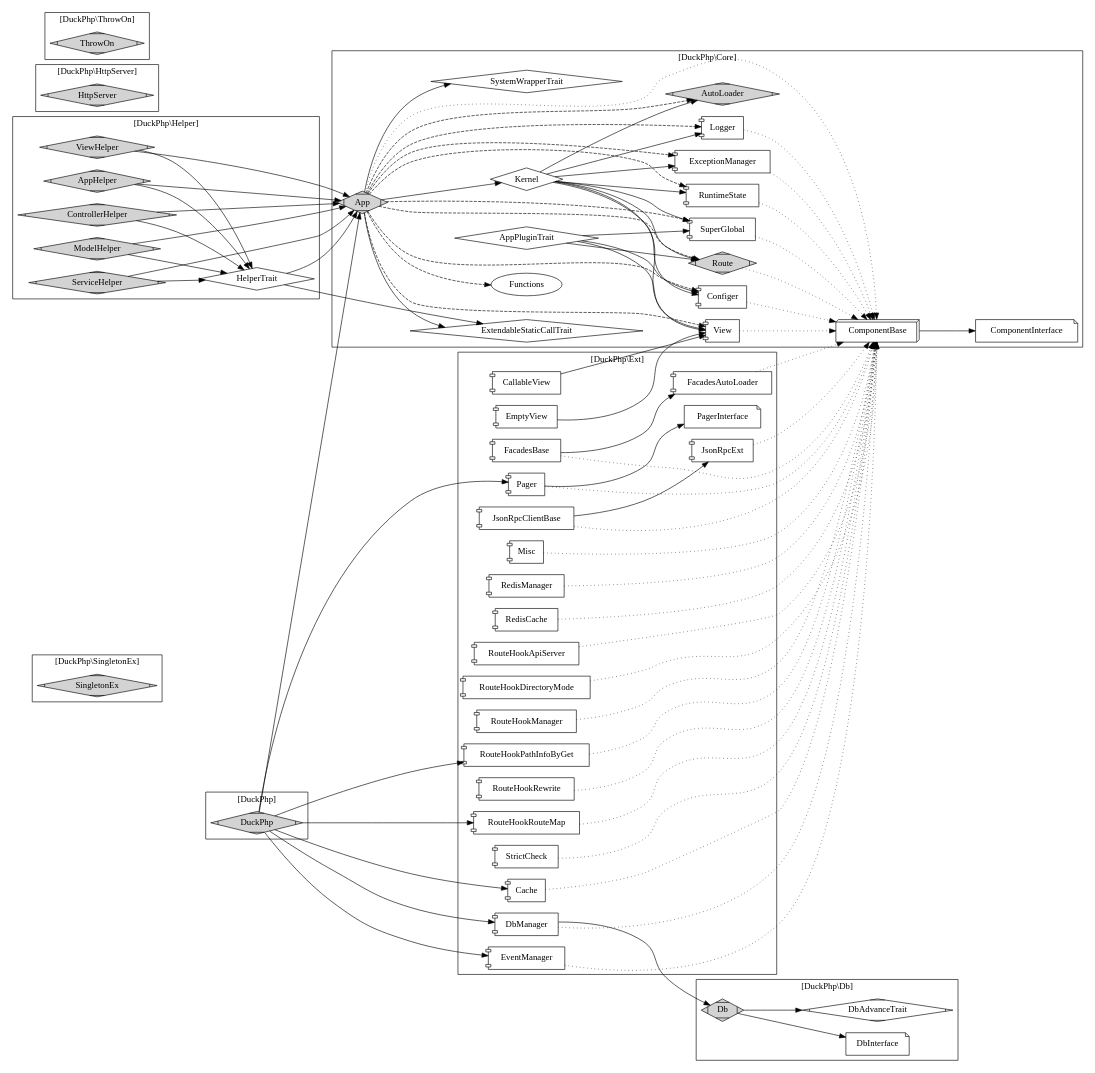
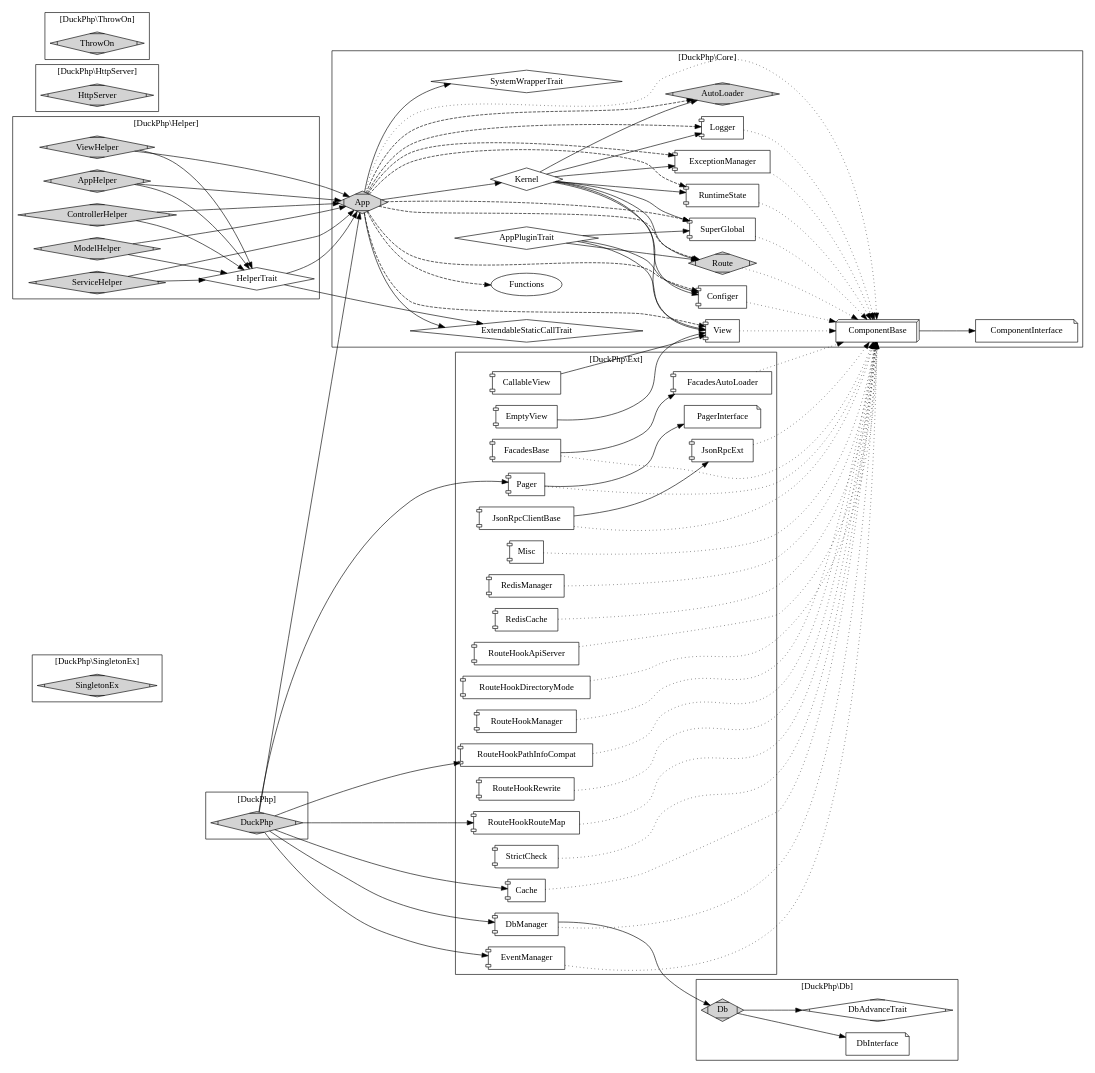
One commit to dvaknheo/duckphp changed the diagram in doc/duckphp.gv. Above: the diagram before and after it, drawn with Graphviz. The commit also changed 18 other files, not shown here.

Commit message:
基本完成PathInfoByGet => PathInfoCompat

```diff
--- a/doc/duckphp.gv
+++ b/doc/duckphp.gv
@@ -1,199 +1,199 @@
 digraph gDuckPhp{
 /* This is a graphviz file */
 graph [rankdir = "LR"];
 
 subgraph cluster_SingletonEx {
     label = "[DuckPhp\\SingletonEx]";
 
     SingletonEx [label="SingletonEx";shape=Mdiamond;style=filled];
 }
 
 subgraph cluster_Core {
     
     label = "[DuckPhp\\Core]";
 
     Core_AppPluginTrait [label="AppPluginTrait";shape=diamond];
     Core_App [label="App";shape=Mdiamond;style=filled]; 
     Core_Kernel [label="Kernel";shape="diamond"];
     Core_AutoLoader [label="AutoLoader";shape=Mdiamond;style=filled];
     Core_ExceptionManager [label="ExceptionManager";shape="component"];
     Core_View [label="View";shape="component"];
     Core_Configer [label="Configer";shape="component"];
     Core_Logger [label="Logger";shape="component"];
     Core_Route [label="Route";shape=Mdiamond;style=filled];
     Core_RuntimeState [label="RuntimeState";shape="component"];
     Core_SystemWrapperTrait [label="SystemWrapperTrait";shape=diamond];
     Core_SuperGlobal [label="SuperGlobal";shape="component"];
 
     Core_ExtendableStaticCallTrait [label="ExtendableStaticCallTrait";shape=diamond];
     
     Core_ComponentInterface [label="ComponentInterface";shape=note];
     Core_ComponentBase [label="ComponentBase";shape=box3d];
     Core_Functions [label="Functions"];
 
 
     Core_Kernel -> Core_AutoLoader ;
     Core_Kernel -> Core_Configer;
     Core_Kernel -> Core_Logger;
     Core_Kernel -> Core_ExceptionManager;
     Core_Kernel -> Core_Route;
     Core_Kernel -> Core_RuntimeState;
     Core_Kernel -> Core_View;
     Core_Kernel -> Core_SuperGlobal;
     
     Core_App -> Core_Kernel;
     Core_App -> Core_ExtendableStaticCallTrait;
     Core_App -> Core_SystemWrapperTrait;
     
     Core_App -> Core_AutoLoader [style="dashed"];
     Core_App -> Core_Configer [style="dashed"];
     Core_App -> Core_Logger [style="dashed"];
     Core_App -> Core_ExceptionManager [style="dashed"];
     Core_App -> Core_Route [style="dashed"];
     Core_App -> Core_RuntimeState [style="dashed"];
     Core_App -> Core_View [style="dashed"];
     Core_App -> Core_SuperGlobal [style="dashed"];
     
     Core_App -> Core_Functions [style="dashed"];
     Core_App -> Core_ComponentBase [style="dotted"];
 
 
     Core_AppPluginTrait -> Core_Configer;
     Core_AppPluginTrait -> Core_View;
     Core_AppPluginTrait -> Core_Route;
     Core_AppPluginTrait -> Core_SuperGlobal;
     
     
     Core_ExceptionManager -> Core_ComponentBase [style="dotted"];
     Core_Configer -> Core_ComponentBase [style="dotted"];
     Core_Route -> Core_ComponentBase [style="dotted"];
     Core_SuperGlobal -> Core_ComponentBase [style="dotted"];
     Core_RuntimeState -> Core_ComponentBase [style="dotted"];
     Core_View -> Core_ComponentBase [style="dotted"];
     Core_Logger -> Core_ComponentBase [style="dotted"];
     
     Core_ComponentBase -> Core_ComponentInterface;
 }
 
 subgraph cluster_Helper {
     
     label = "[DuckPhp\\Helper]";
     
     AppHelper [label="AppHelper";shape=Mdiamond;style=filled];
     ControllerHelper [label="ControllerHelper";shape=Mdiamond;style=filled];
     ModelHelper [label="ModelHelper";shape=Mdiamond;style=filled];
     ServiceHelper [label="ServiceHelper";shape=Mdiamond;style=filled];
     ViewHelper [label="ViewHelper";shape=Mdiamond;style=filled];
     HelperTrait [label="HelperTrait";shape=diamond];
     
     AppHelper -> Core_App; 
     ControllerHelper -> Core_App; 
     ModelHelper -> Core_App; 
     ServiceHelper -> Core_App; 
     ViewHelper -> Core_App; 
     HelperTrait -> Core_App;
     HelperTrait -> Core_ExtendableStaticCallTrait ;
     
     AppHelper -> HelperTrait; 
     ControllerHelper -> HelperTrait; 
     ModelHelper -> HelperTrait; 
     ServiceHelper -> HelperTrait; 
     ViewHelper -> HelperTrait; 
 
 }
 
 subgraph cluster_Db {
     label = "[DuckPhp\\Db]";
 
     Db_Db [label="Db";shape=Mdiamond;style=filled];
     Db_DbAdvanceTrait [label="DbAdvanceTrait";shape=Mdiamond];
     Db_DbInterface [label="DbInterface";shape=note];
     
     Db_Db -> Db_DbAdvanceTrait;
     Db_Db -> Db_DbInterface;
 }
 
 subgraph cluster_Ext {
     label = "[DuckPhp\\Ext]";
 
     Cache[shape="component"];
     CallableView[shape="component"];
     DbManager[shape="component"];
     EmptyView[shape="component"];
     EventManager[shape="component"];
     FacadesAutoLoader[shape="component"];
     FacadesBase [shape="component"];
     JsonRpcClientBase [shape="component"];
     JsonRpcExt[shape="component"];
     Misc[shape="component"];
     Pager[shape="component"];
     PagerInterface [shape=note];
     RedisManager[shape="component"];
     RedisCache[shape="component"];
     RouteHookApiServer[shape="component"];
     RouteHookDirectoryMode[shape="component"];
     RouteHookManager[shape="component"];
-    RouteHookPathInfoByGet[shape="component"];
+    RouteHookPathInfoCompat[shape="component"];
     RouteHookRewrite[shape="component"];
     RouteHookRouteMap[shape="component"];
     StrictCheck[shape="component"];
 
     Cache -> Core_ComponentBase [style="dotted"];
     DbManager -> Core_ComponentBase [style="dotted"];
     EventManager -> Core_ComponentBase [style="dotted"];
     FacadesAutoLoader -> Core_ComponentBase [style="dotted"];
     JsonRpcExt -> Core_ComponentBase [style="dotted"];
     Misc -> Core_ComponentBase [style="dotted"];
     Pager -> Core_ComponentBase [style="dotted"];
     RedisManager -> Core_ComponentBase [style="dotted"];
     RedisCache -> Core_ComponentBase [style="dotted"];
     RouteHookApiServer -> Core_ComponentBase [style="dotted"];
     RouteHookDirectoryMode -> Core_ComponentBase [style="dotted"];
     RouteHookManager -> Core_ComponentBase [style="dotted"];
-    RouteHookPathInfoByGet -> Core_ComponentBase [style="dotted"];
+    RouteHookPathInfoCompat -> Core_ComponentBase [style="dotted"];
     RouteHookRewrite -> Core_ComponentBase [style="dotted"];
     RouteHookRouteMap -> Core_ComponentBase [style="dotted"];
     StrictCheck -> Core_ComponentBase [style="dotted"];
     
     
     CallableView ->Core_View; 
     EmptyView ->Core_View;
     DbManager -> Db_Db;
     FacadesBase -> FacadesAutoLoader;
     FacadesBase -> Core_ComponentBase [style="dotted"];
     JsonRpcClientBase ->JsonRpcExt;
     JsonRpcClientBase -> Core_ComponentBase [style="dotted"];
 
     Pager -> PagerInterface; 
 }
 
 subgraph cluster_DuckPhp {
     label = "[DuckPhp]";
     node [style=filled];
 
     DuckPhp -> Core_App;
 
     DuckPhp -> RouteHookRouteMap;
     DuckPhp -> Pager;
     DuckPhp -> DbManager;
     DuckPhp -> EventManager;
-    DuckPhp -> RouteHookPathInfoByGet;
+    DuckPhp -> RouteHookPathInfoCompat;
     DuckPhp -> Cache;
 
     DuckPhp [shape=Mdiamond];
 }
 
 subgraph cluster_HttpServer {
     label = "[DuckPhp\\HttpServer]";
 
     HttpServer [label="HttpServer";shape=Mdiamond;style=filled];
 }
 
 subgraph cluster_ThrowOn {
     label = "[DuckPhp\\ThrowOn]";
 
     ThrowOn [label="ThrowOn";shape=Mdiamond;style=filled];
 }
 
 
 }
```
